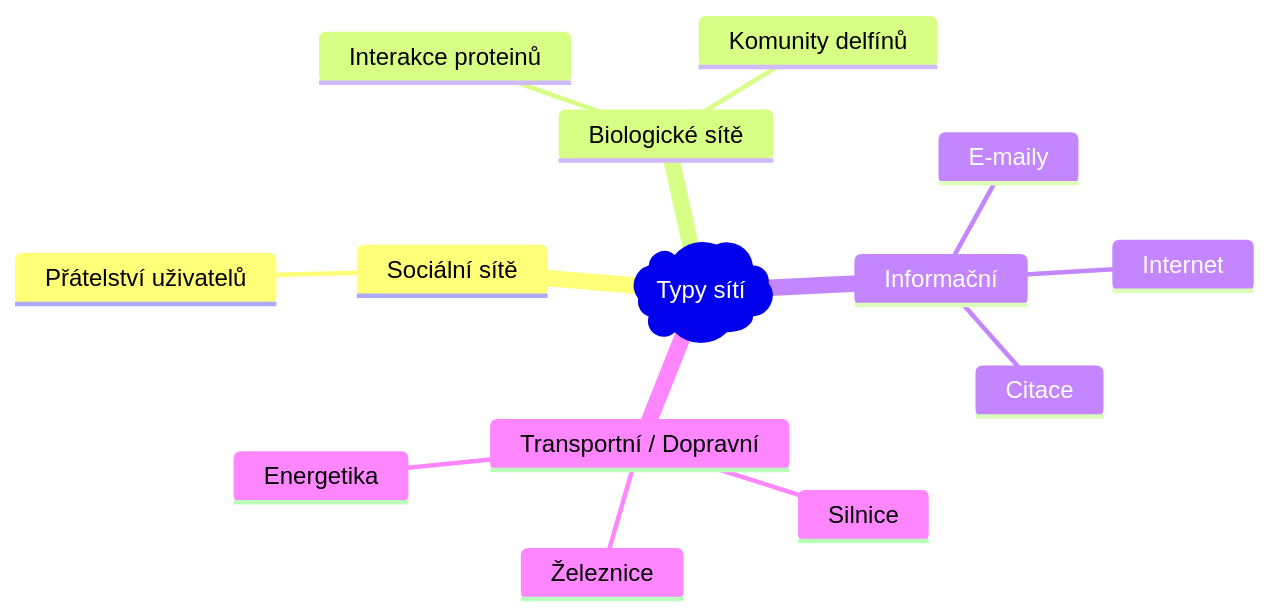
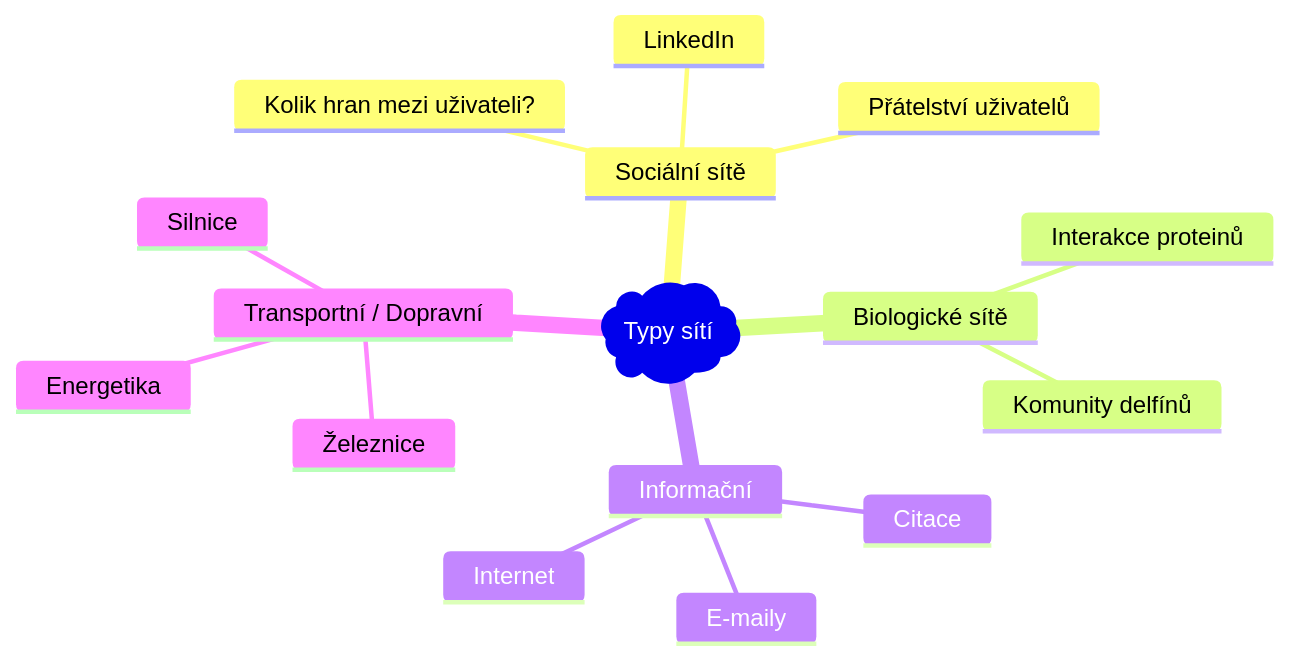
One commit to matejfric/mdbook changed the fifth of 14 diagrams in src/azd/azd.md. Above: the diagram before and after it, drawn with Mermaid. The commit also changed other lines of this file and 6 other files, not shown here.

````diff
--- a/src/azd/azd.md
+++ b/src/azd/azd.md
@@ -986,17 +986,19 @@
 ```mermaid
 mindmap
   root )Typy sítí)
       Sociální sítě
         Přátelství uživatelů
-      Biologické sítě 
+        LinkedIn
+        Kolik hran mezi uživateli?
+      Biologické sítě
         Interakce proteinů
         Komunity delfínů
-      Informační 
+      Informační
         E-maily
         Internet
         Citace
       Transportní / Dopravní
         Silnice
         Železnice
         Energetika
 ```
````
